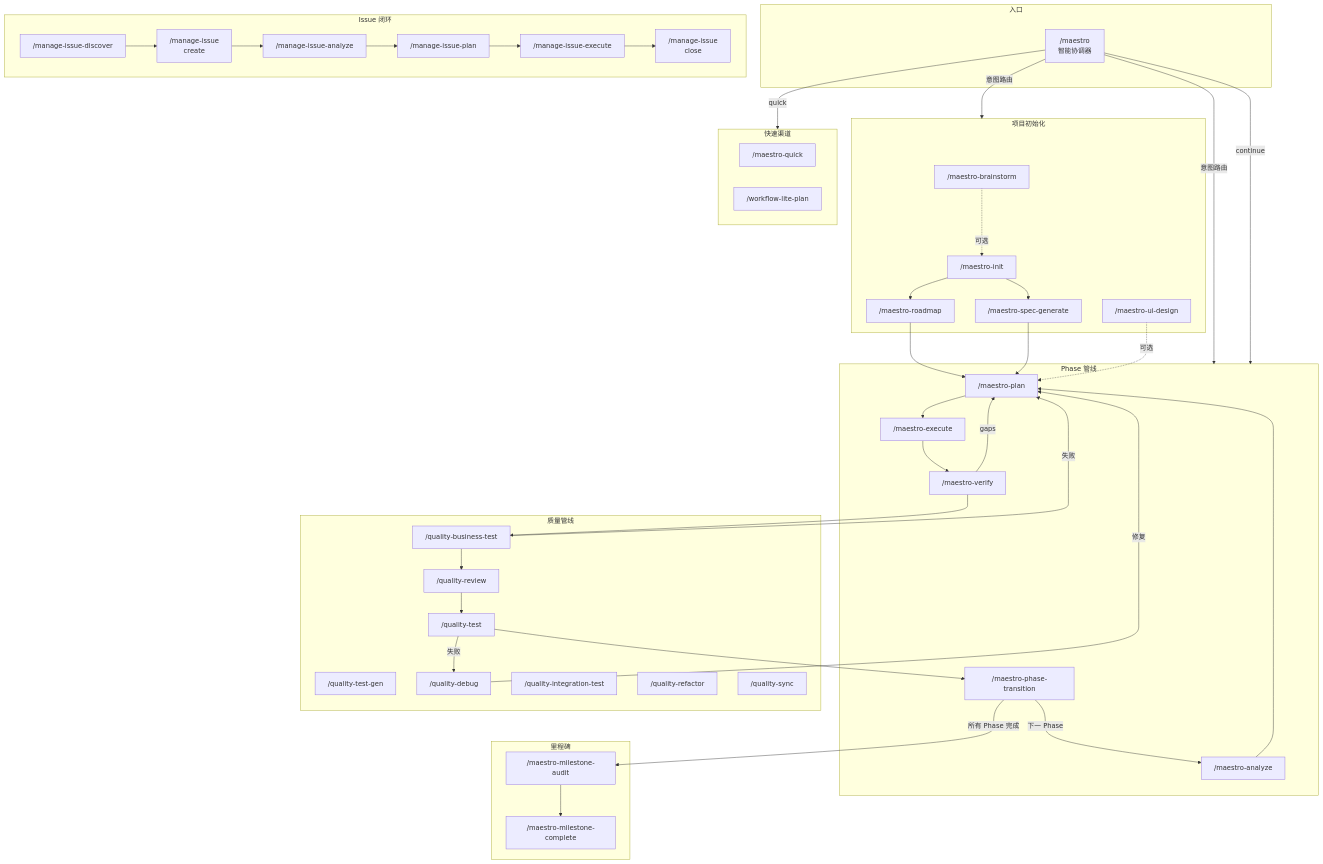
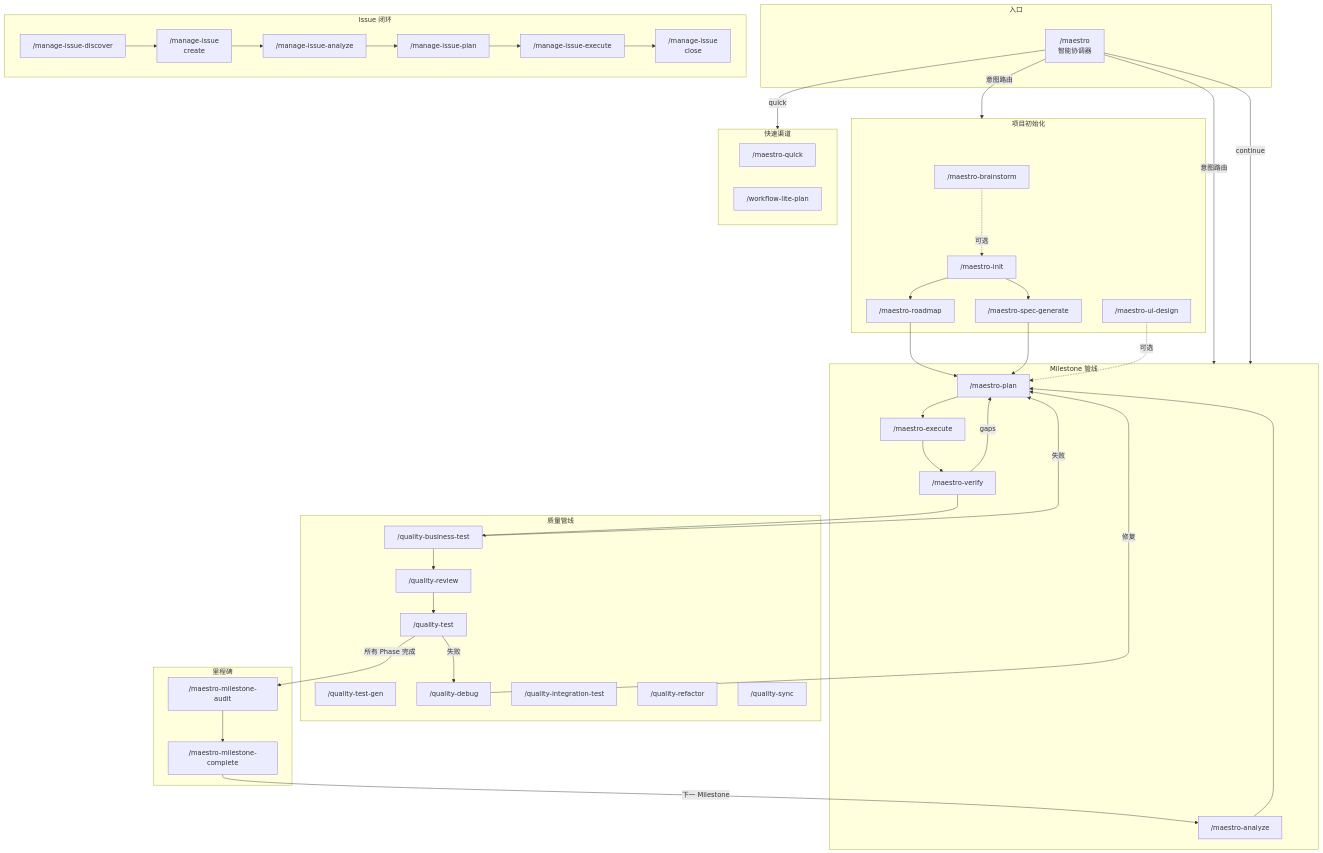
One commit to catlog22/maestro-flow changed the first of 9 diagrams in guide/command-usage-guide.md. Above: the diagram before and after it, drawn with Mermaid. The commit also changed other lines of this file and 47 other files, not shown here.

````diff
--- a/guide/command-usage-guide.md
+++ b/guide/command-usage-guide.md
@@ -31,12 +31,11 @@
         UID["/maestro-ui-design"]
     end
 
-    subgraph pipeline["Phase 管线"]
+    subgraph pipeline["Milestone 管线"]
         AN["/maestro-analyze"]
         PL["/maestro-plan"]
         EX["/maestro-execute"]
         VF["/maestro-verify"]
-        PT["/maestro-phase-transition"]
     end
 
     subgraph quality["质量管线"]
@@ -87,8 +86,7 @@
     VF --> QBT
     QBT --> QR
     QR --> QT
-    QT --> PT
-    PT -->|下一 Phase| AN
+    QT -->|所有 Phase 完成| MA
 
     VF -->|gaps| PL
     QBT -->|失败| PL
@@ -101,6 +99,6 @@
     IP --> IE
     IE --> ICL
 
-    PT -->|所有 Phase 完成| MA
     MA --> MC
+    MC -->|下一 Milestone| AN
 ```
````
